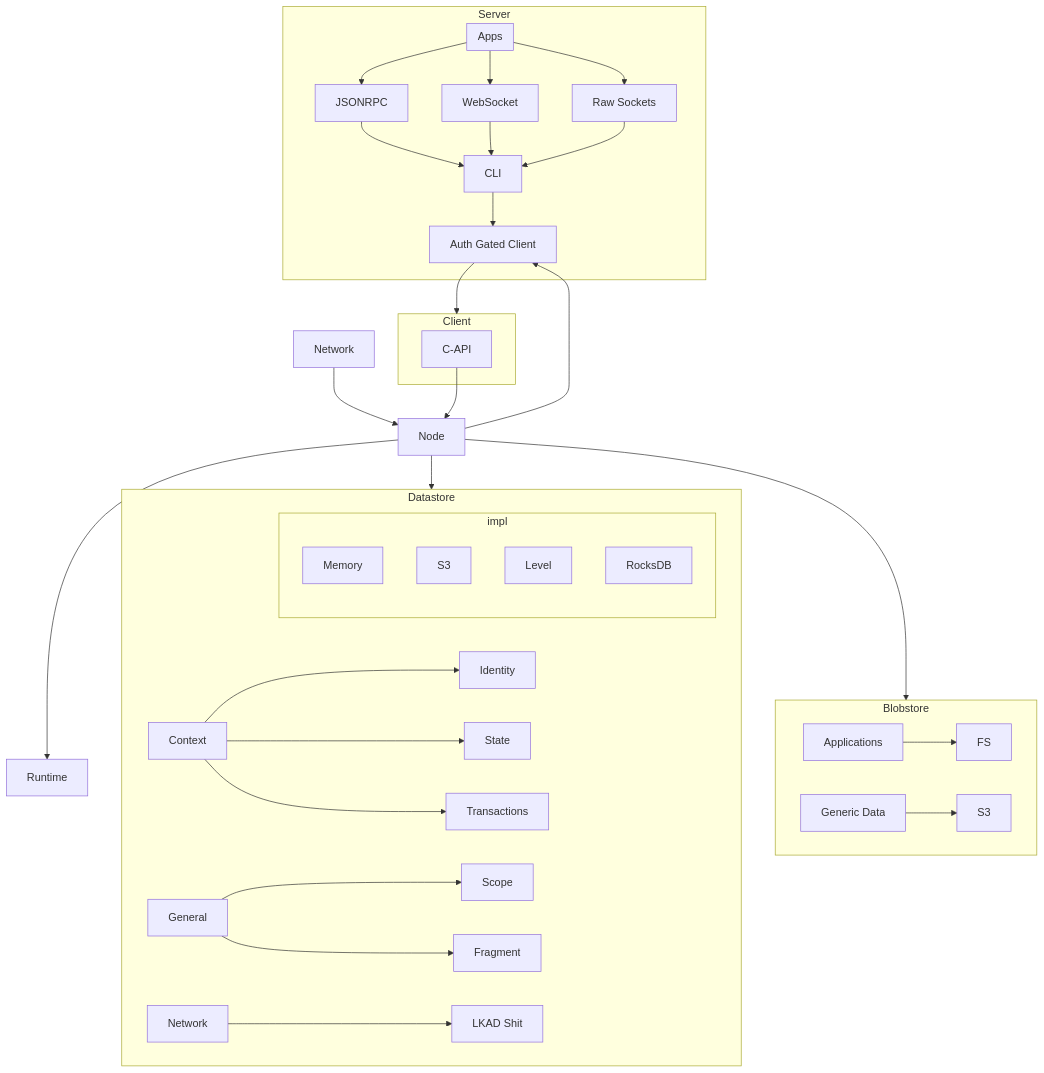
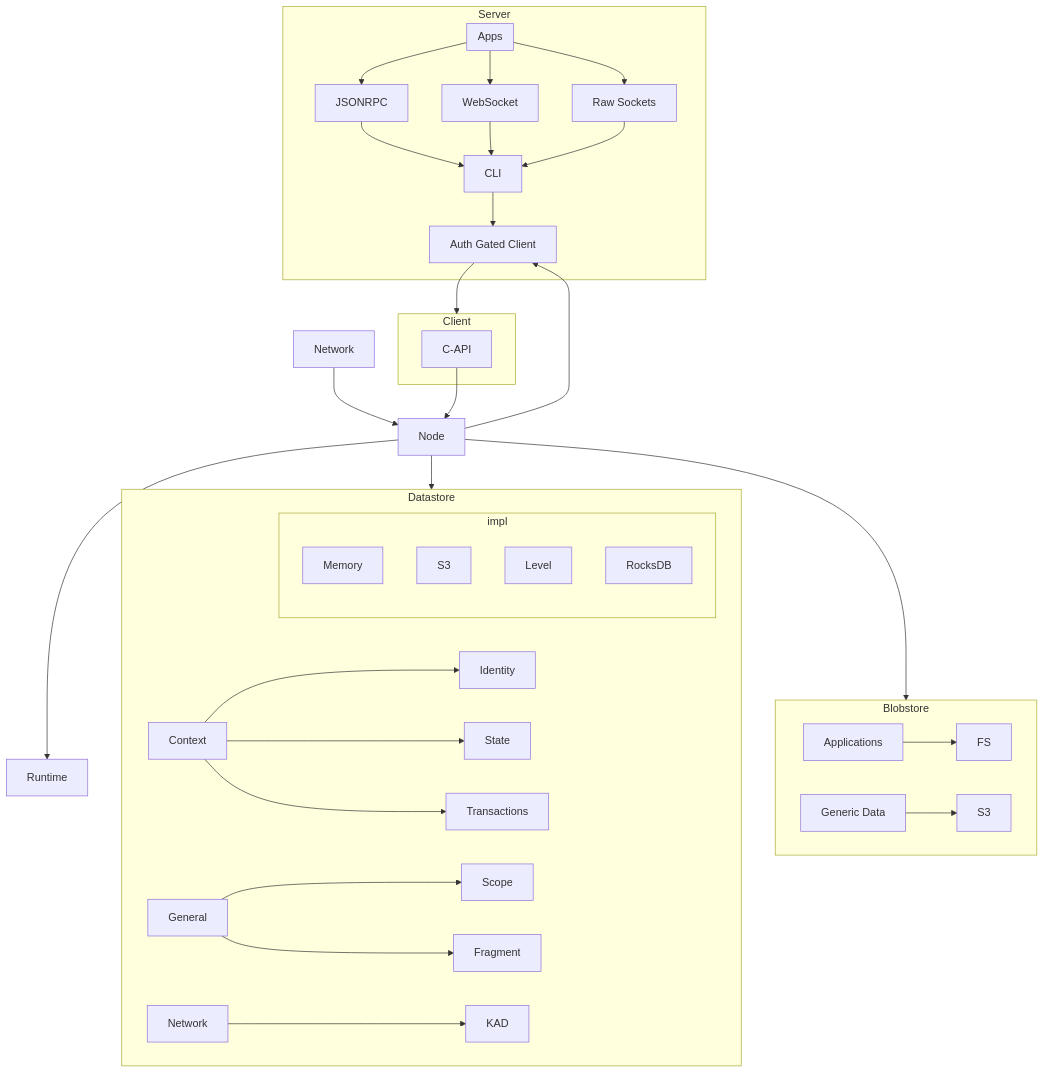
One commit to calimero-network/core changed the diagram in README.mdx. Above: the diagram before and after it, drawn with Mermaid.

````diff
--- a/README.mdx
+++ b/README.mdx
@@ -76,62 +76,62 @@
 ```mermaid
 graph TD
     subgraph Datastore
         DS1[Context]
         DS2[General]
         DS3[Network]
         DS1 --> DS4[Identity]
         DS1 --> DS5[State]
         DS1 --> DS6[Transactions]
         DS2 --> DS7[Scope]
         DS2 --> DS8[Fragment]
-        DS3 --> DS9[LKAD Shit]
+        DS3 --> DS9[KAD]
 
         subgraph impl
           DI1[Memory]
           DI2[S3]
           DI3[Level]
           DI4[RocksDB]
         end
     end
 
     subgraph Blobstore
         BS1[FS]
         BS2[S3]
         BS3[Applications]
         BS4[Generic Data]
         BS3 --> BS1
         BS4 --> BS2
     end
 
     Network --> Node
 
     subgraph Client
         C1[C-API]
     end
 
     subgraph Server
         S1[Auth Gated Client]
         S2[CLI]
         S3[JSONRPC]
         S4[WebSocket]
         S5[Raw Sockets]
         S2 --> S1
         S3 --> S2
         S4 --> S2
         S5 --> S2
         Apps --> S3
         Apps --> S4
         Apps --> S5
     end
 
     S1 --> Client
     Node --> Runtime[Runtime]
     Node --> Datastore
     Node --> Blobstore
     C1 --> Node
     Node --> S1
 
     subgraph Apps
     end
 
 ```
````
